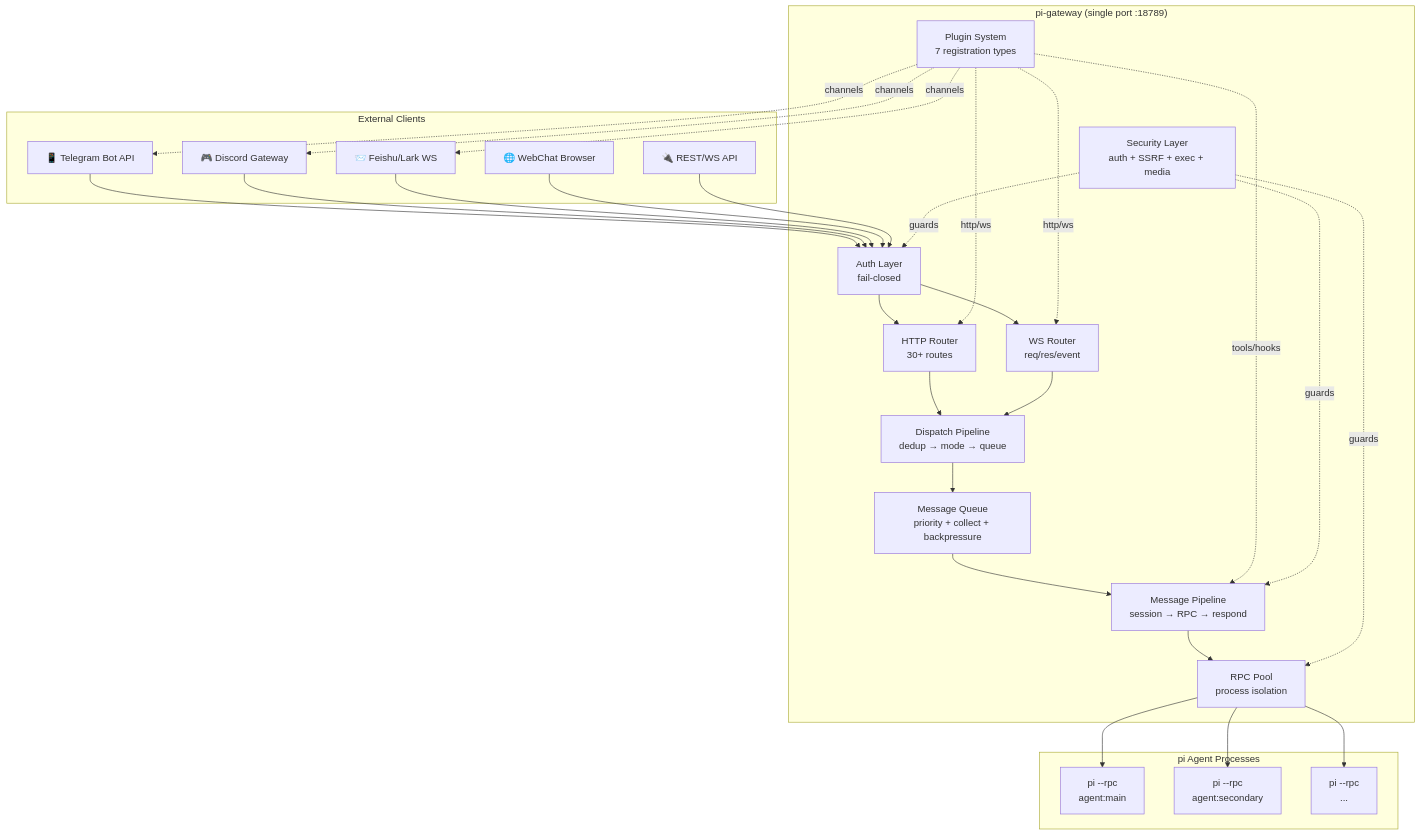
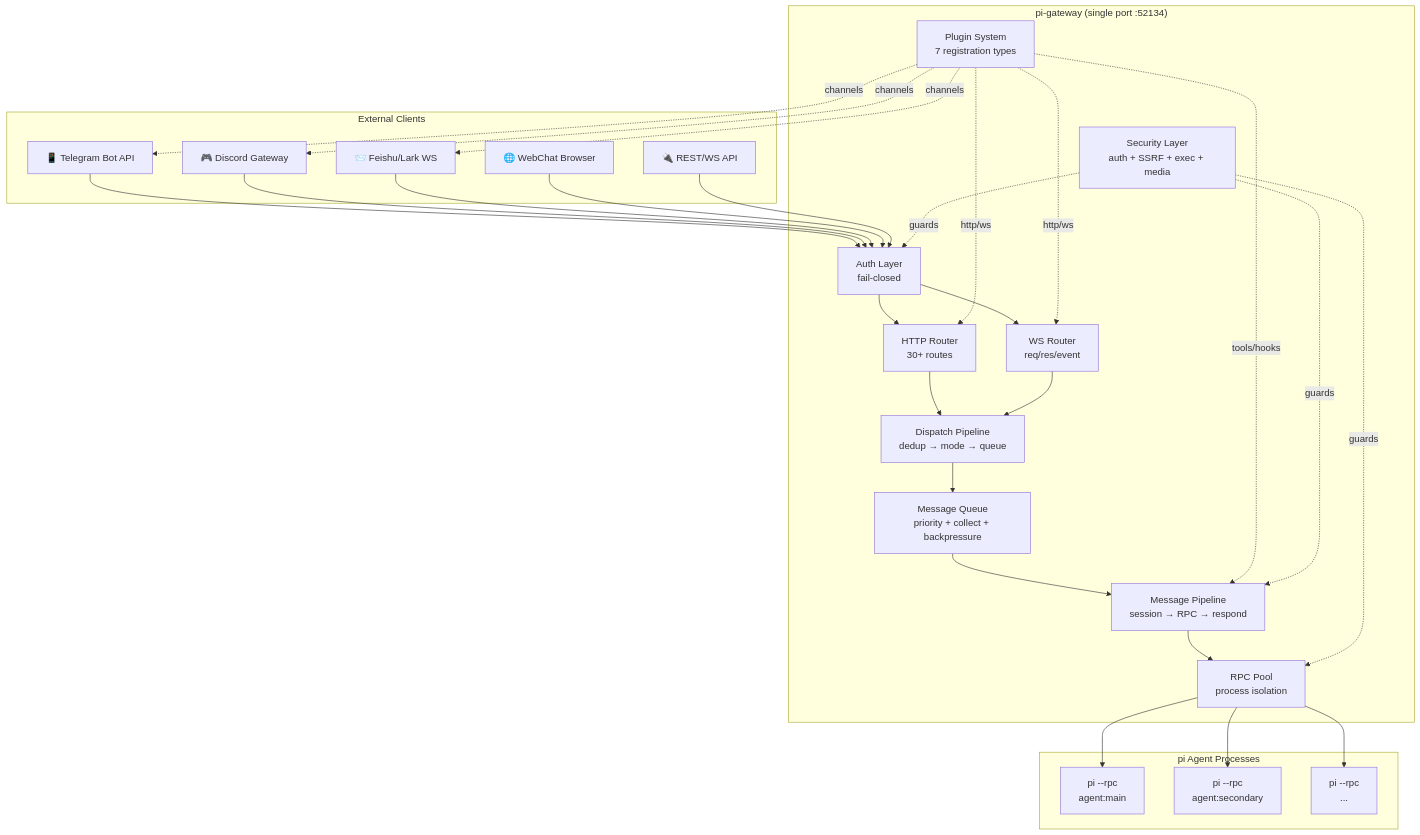
Before and after one commit to Dwsy/agent: the first of 7 diagrams in pi-gateway/docs/architecture/ARCHITECTURE.md, drawn with Mermaid. The commit also changed 7 other files, not shown here.

First line of the commit message:
docs(pi-gateway): update architecture and configuration documentation

````diff
--- a/pi-gateway/docs/architecture/ARCHITECTURE.md
+++ b/pi-gateway/docs/architecture/ARCHITECTURE.md
@@ -11,50 +11,50 @@
 ```mermaid
 graph TB
     subgraph External["External Clients"]
         TG["📱 Telegram Bot API"]
         DC["🎮 Discord Gateway"]
         FS["📨 Feishu/Lark WS"]
         WC["🌐 WebChat Browser"]
         API["🔌 REST/WS API"]
     end
 
-    subgraph Gateway["pi-gateway (single port :18789)"]
+    subgraph Gateway["pi-gateway (single port :52134)"]
         AUTH["Auth Layer<br/>fail-closed"]
         HTTP["HTTP Router<br/>30+ routes"]
         WS["WS Router<br/>req/res/event"]
         DISPATCH["Dispatch Pipeline<br/>dedup → mode → queue"]
         PIPELINE["Message Pipeline<br/>session → RPC → respond"]
         PLUGINS["Plugin System<br/>7 registration types"]
         QUEUE["Message Queue<br/>priority + collect + backpressure"]
         POOL["RPC Pool<br/>process isolation"]
         SECURITY["Security Layer<br/>auth + SSRF + exec + media"]
     end
 
     subgraph Agents["pi Agent Processes"]
         RPC1["pi --rpc<br/>agent:main"]
         RPC2["pi --rpc<br/>agent:secondary"]
         RPCN["pi --rpc<br/>..."]
     end
 
     TG --> AUTH
     DC --> AUTH
     FS --> AUTH
     WC --> AUTH
     API --> AUTH
 
     AUTH --> HTTP
     AUTH --> WS
     HTTP --> DISPATCH
     WS --> DISPATCH
     DISPATCH --> QUEUE
     QUEUE --> PIPELINE
     PIPELINE --> POOL
     POOL --> RPC1
     POOL --> RPC2
     POOL --> RPCN
 
     PLUGINS -.->|channels| TG & DC & FS
     PLUGINS -.->|tools/hooks| PIPELINE
     PLUGINS -.->|http/ws| HTTP & WS
     SECURITY -.->|guards| AUTH & PIPELINE & POOL
 ```
````
